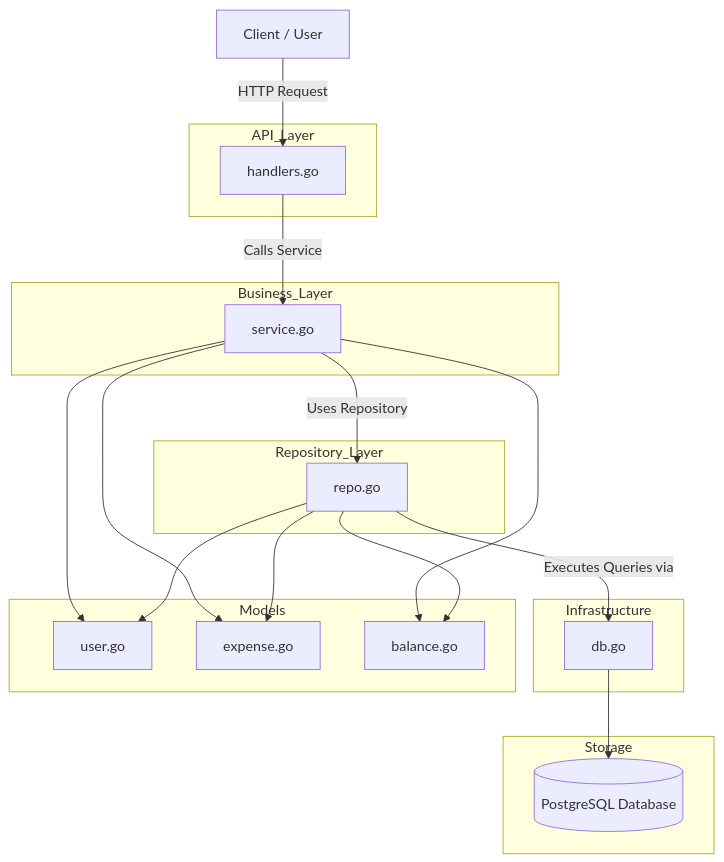
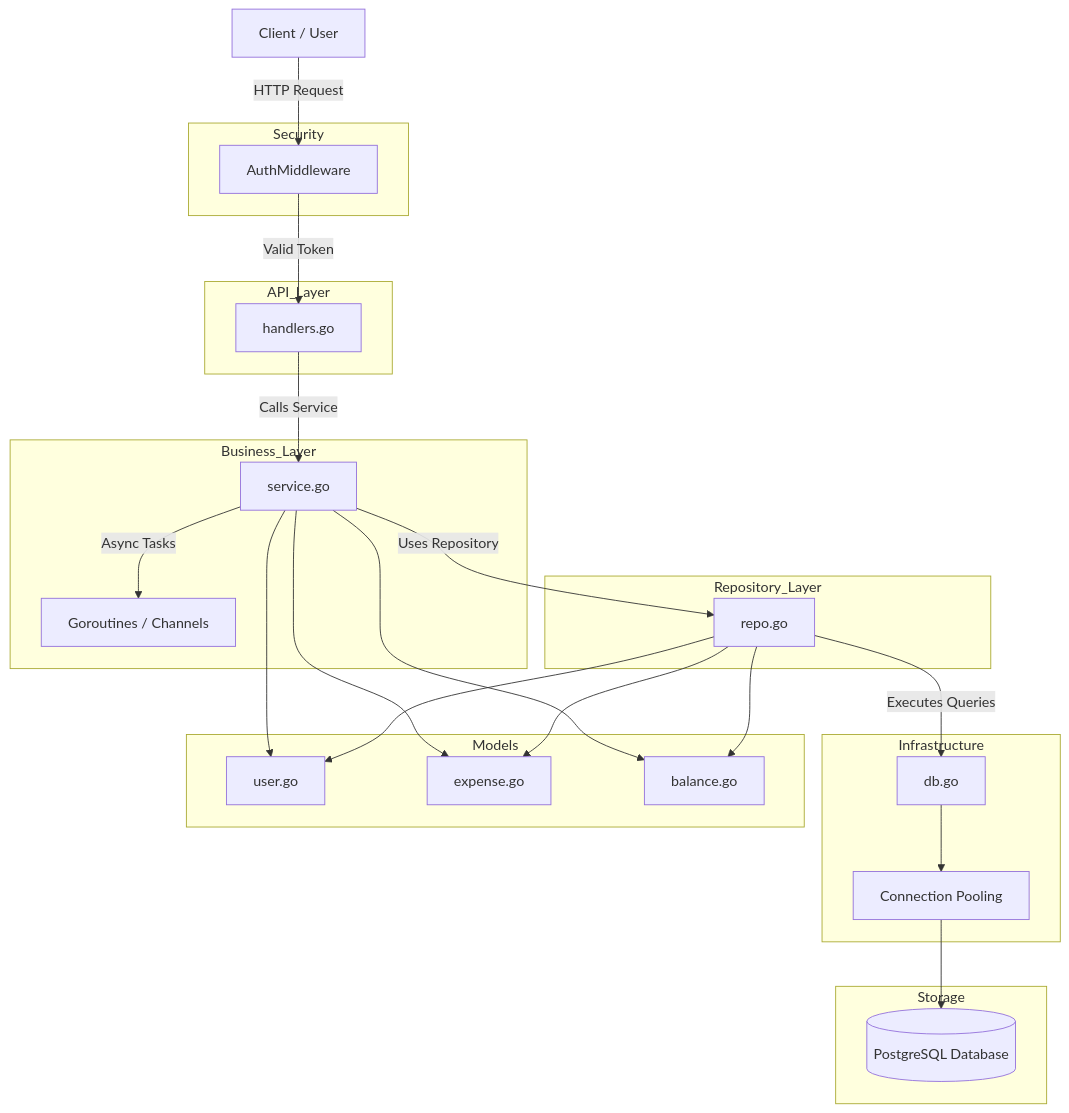
One commit to gauravsahay007/split-wise-clone changed the diagram in Readme.md. Above: the diagram before and after it, drawn with Mermaid. The commit also changed other lines of this file, not shown here.

First line of the commit message:
Enhance README with project details and API usage

`````diff
--- a/Readme.md
+++ b/Readme.md
@@ -3,53 +9,52 @@
 ```mermaid
 graph TD
-
-    %% Client
     U[Client / User]
 
-    %% API Layer
+    subgraph Security
+        Auth[AuthMiddleware]
+    end
+
     subgraph API_Layer
         H[handlers.go]
     end
 
-    %% Business Layer
     subgraph Business_Layer
         S[service.go]
+        G[Goroutines / Channels]
     end
 
-    %% Repository Layer
     subgraph Repository_Layer
         R[repo.go]
     end
 
-    %% Infrastructure Layer
     subgraph Infrastructure
         DBConn[db.go]
+        Pool[Connection Pooling]
     end
 
-    %% Storage
     subgraph Storage
         DB[(PostgreSQL Database)]
     end
 
-    %% Models
     subgraph Models
         M1[user.go]
         M2[expense.go]
         M3[balance.go]
     end
 
-    %% Flow
-    U -->|HTTP Request| H
+    U -->|HTTP Request| Auth
+    Auth -->|Valid Token| H
     H -->|Calls Service| S
+    S -->|Async Tasks| G
     S -->|Uses Repository| R
-    R -->|Executes Queries via| DBConn
-    DBConn --> DB
+    R -->|Executes Queries| DBConn
+    DBConn --> Pool
+    Pool --> DB
 
-    %% Models usage
     S --> M1
     S --> M2
     S --> M3
     R --> M1
     R --> M2
     R --> M3
-```
+````
`````
